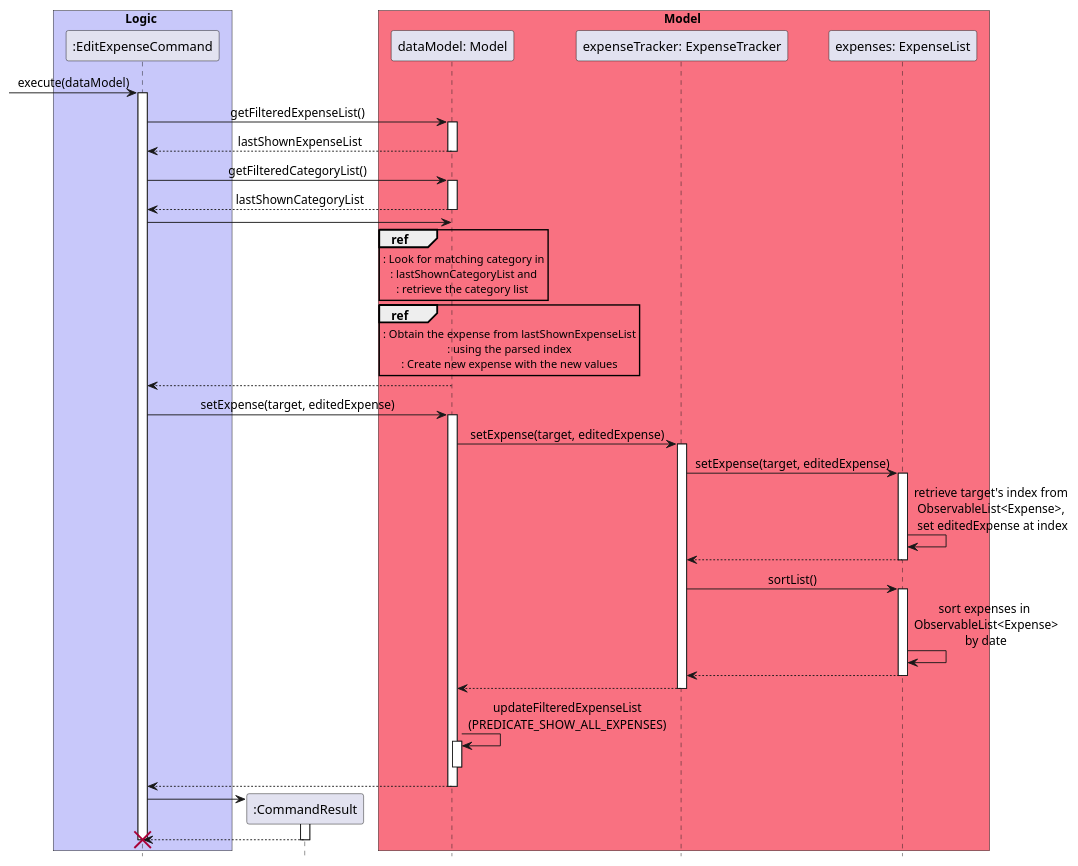
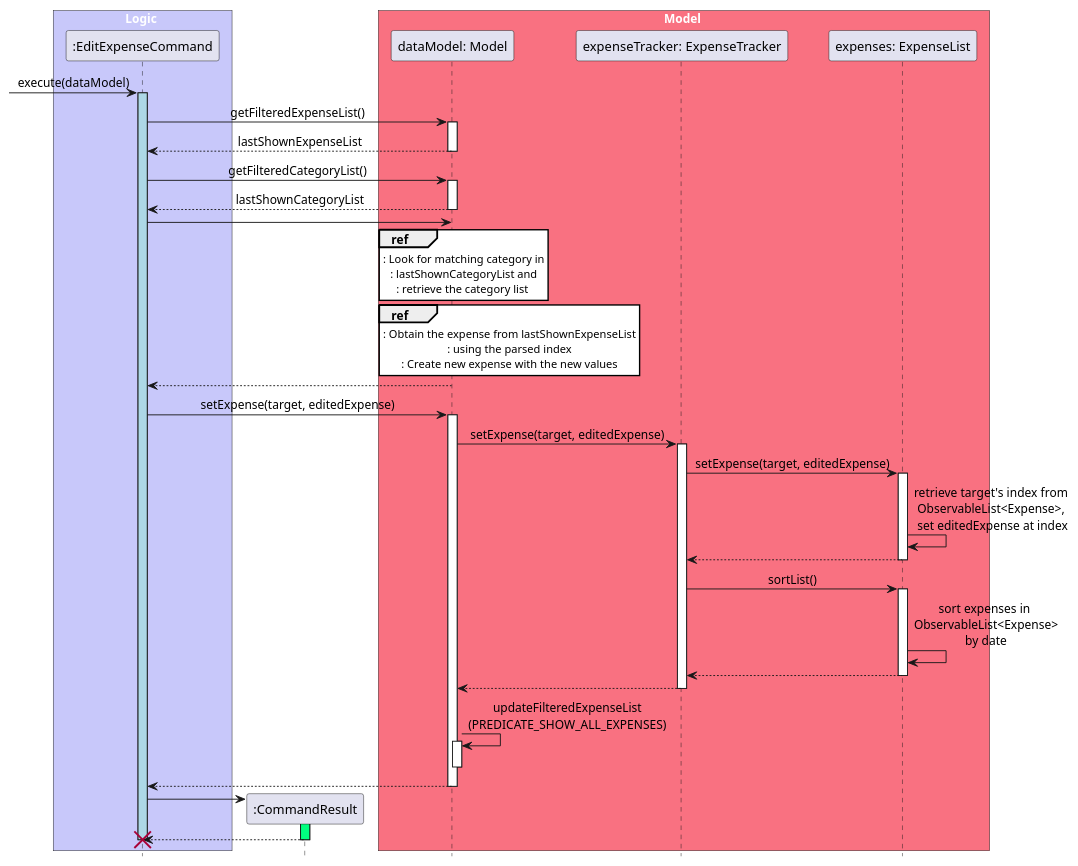
The diagram in uml/sequence_diagrams/edit_expense_command.puml (nus-cs2103-AY2223S2/tp), drawn with PlantUML before and after one commit. The commit also changed 23 other files, not shown here.

Commit message:
Fix sequence diagram inconsistencies

```diff
--- a/uml/sequence_diagrams/edit_expense_command.puml
+++ b/uml/sequence_diagrams/edit_expense_command.puml
@@ -1,73 +1,82 @@
-@startuml  edit_expense_command
+@startuml  EditExpenseSequenceDiagram
 
 hide footbox
 skinparam MinClassWidth 50
 skinparam ParticipantPadding 10
 skinparam Shadowing false
 skinparam DefaultTextAlignment center
 skinparam packageStyle Rectangle
 
 box Model #F97181
 participant "dataModel: Model" as Model order 3
 participant "expenseTracker: ExpenseTracker" as ExpenseTracker order 4
 participant "expenses: ExpenseList" as ExpenseList order 5
 end box
 
 box Logic #C8C8FA
 participant ":EditExpenseCommand" as Command  order 1
 end box
 
+
+skinparam Sequence {
+    MessageAlign center
+    BoxFontSize 15
+    BoxPadding 0
+    BoxFontColor #FFFFFF
+    ReferenceBackgroundColor #FFFFFF
+}
+
 [->Command: execute(dataModel)
-activate Command
+activate Command #LightBlue
 Command -> Model: getFilteredExpenseList()
 activate Model
 Model --> Command: lastShownExpenseList
 deactivate Model
 Command -> Model: getFilteredCategoryList()
 activate Model
 Model --> Command: lastShownCategoryList
 deactivate Model
 
 Command -> Model
 ref over Model
     : Look for matching category in
     : lastShownCategoryList and
     : retrieve the category list 
 end ref
 ref over Model 
     : Obtain the expense from lastShownExpenseList
     : using the parsed index
     : Create new expense with the new values
 end ref
 Model --> Command
 
 Command -> Model: setExpense(target, editedExpense)
 activate Model
 Model -> ExpenseTracker: setExpense(target, editedExpense)
 activate ExpenseTracker
 ExpenseTracker -> ExpenseList: setExpense(target, editedExpense)
 activate ExpenseList
 ExpenseList -> ExpenseList: retrieve target's index from \nObservableList<Expense>, \nset editedExpense at index
 ExpenseList --> ExpenseTracker
 deactivate ExpenseList
 ExpenseTracker -> ExpenseList: sortList()
 activate ExpenseList
 ExpenseList -> ExpenseList: sort expenses in \nObservableList<Expense>\nby date
 ExpenseList --> ExpenseTracker
 deactivate ExpenseList
 ExpenseTracker --> Model
 deactivate ExpenseTracker
 Model -> Model: updateFilteredExpenseList\n(PREDICATE_SHOW_ALL_EXPENSES)
 activate Model
 deactivate Model
 Model --> Command
 deactivate Model
 create ":CommandResult" as CommandResult order 1
 Command -> CommandResult 
-activate CommandResult
+activate CommandResult #SpringGreen
 CommandResult --> Command
 deactivate CommandResult
 ' [<-- Command: result
 destroy Command
 
 @enduml
```
